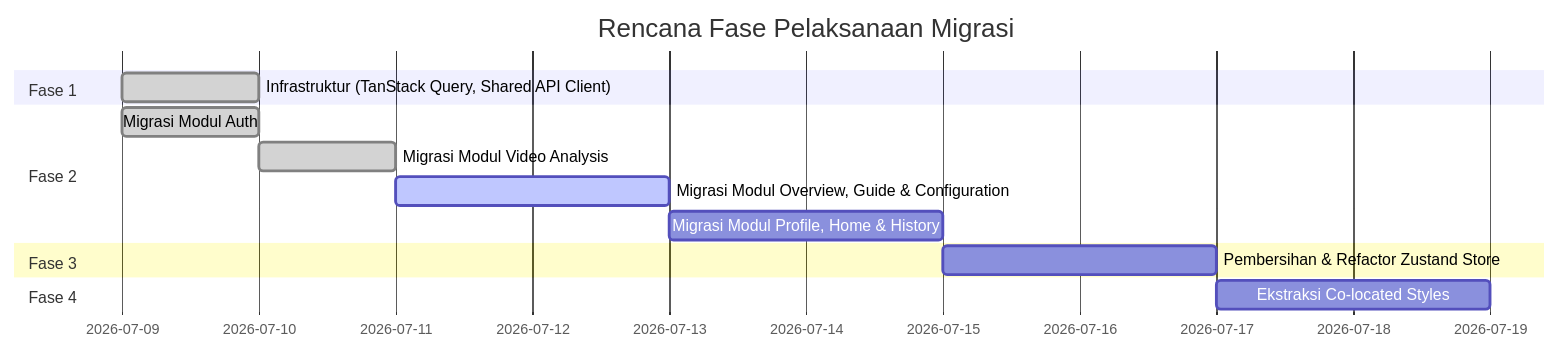
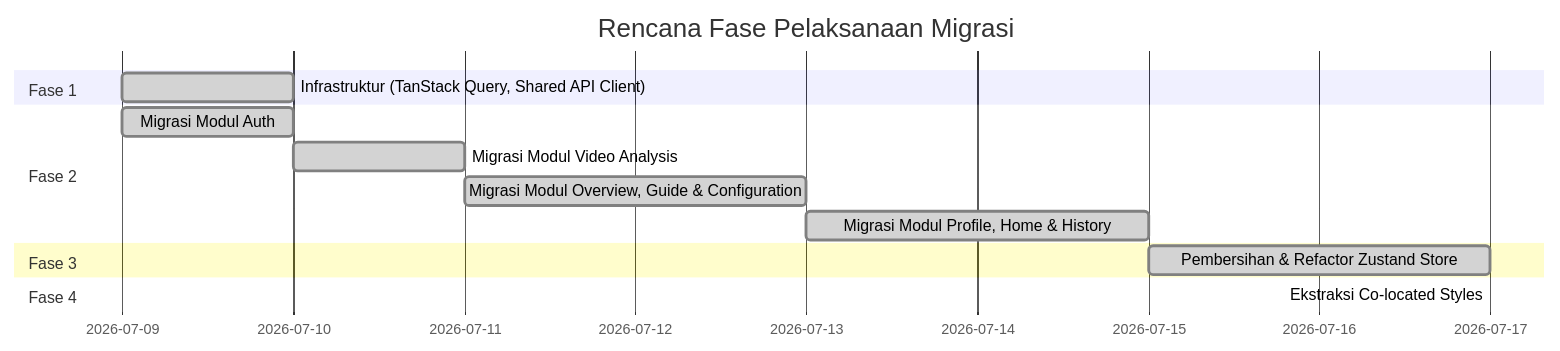
The second of 2 diagrams in docs/frontend/v2/01-migrasi-feature-module-spesifikasi.md (kamaldev10/judi-guard), drawn with Mermaid before and after one commit. The commit also changed other lines of this file and 396 other files, not shown here.

````diff
--- a/docs/frontend/v2/01-migrasi-feature-module-spesifikasi.md
+++ b/docs/frontend/v2/01-migrasi-feature-module-spesifikasi.md
@@ -177,16 +175,16 @@
 ```mermaid
 gantt
     title Rencana Fase Pelaksanaan Migrasi
     dateFormat  YYYY-MM-DD
     section Fase 1
     Infrastruktur (TanStack Query, Shared API Client)   :done, 2026-07-09, 1d
     section Fase 2
     Migrasi Modul Auth                                  :done, 2026-07-09, 1d
     Migrasi Modul Video Analysis                        :done, 2026-07-10, 1d
-    Migrasi Modul Overview, Guide & Configuration       :active, 2026-07-11, 2d
-    Migrasi Modul Profile, Home & History               :2026-07-13, 2d
+    Migrasi Modul Overview, Guide & Configuration       :done, 2026-07-11, 2d
+    Migrasi Modul Profile, Home & History               :done, 2026-07-13, 2d
     section Fase 3
-    Pembersihan & Refactor Zustand Store                :2026-07-15, 2d
+    Pembersihan & Refactor Zustand Store                :done, 2026-07-15, 2d
     section Fase 4
-    Ekstraksi Co-located Styles                         :2026-07-17, 2d
+    Ekstraksi Co-located Styles                         :done, 2026-07-17, 0d
 ```
````
